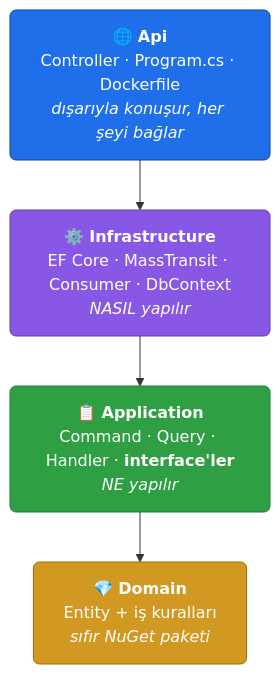
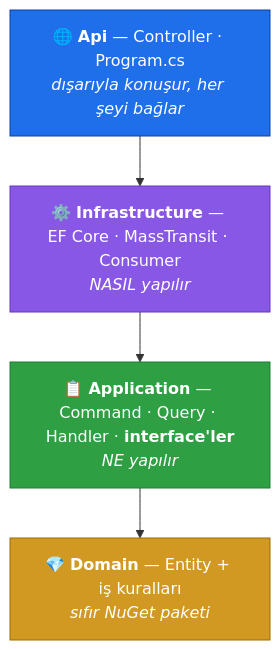
Before and after one commit to erenctns/Logistic-Microservice_Mvp: the fifth of 7 diagrams in README.md, drawn with Mermaid. The commit also changed other lines of this file, not shown here.

````diff
--- a/README.md
+++ b/README.md
@@ -331,20 +219,18 @@
 ```mermaid
 flowchart TB
-    API["🌐 <b>Api</b><br/>Controller · Program.cs · Dockerfile<br/><i>dışarıyla konuşur, her şeyi bağlar</i>"]
-    INF["⚙️ <b>Infrastructure</b><br/>EF Core · MassTransit · Consumer · DbContext<br/><i>NASIL yapılır</i>"]
-    APP["📋 <b>Application</b><br/>Command · Query · Handler · <b>interface'ler</b><br/><i>NE yapılır</i>"]
-    DOM["💎 <b>Domain</b><br/>Entity + iş kuralları<br/><i>sıfır NuGet paketi</i>"]
+    API["🌐 <b>Api</b> — Controller · Program.cs<br/><i>dışarıyla konuşur, her şeyi bağlar</i>"]
+    INF["⚙️ <b>Infrastructure</b> — EF Core · MassTransit · Consumer<br/><i>NASIL yapılır</i>"]
+    APP["📋 <b>Application</b> — Command · Query · Handler · <b>interface'ler</b><br/><i>NE yapılır</i>"]
+    DOM["💎 <b>Domain</b> — Entity + iş kuralları<br/><i>sıfır NuGet paketi</i>"]
 
-    API --> INF
-    INF --> APP
-    APP --> DOM
+    API --> INF --> APP --> DOM
 
-    classDef l1 fill:#1f6feb,stroke:#0d419d,color:#fff,rx:6,ry:6
-    classDef l2 fill:#8957e5,stroke:#6639ba,color:#fff,rx:6,ry:6
-    classDef l3 fill:#2ea043,stroke:#1a7f37,color:#fff,rx:6,ry:6
-    classDef l4 fill:#d29922,stroke:#9e6a03,color:#fff,rx:6,ry:6
+    classDef l1 fill:#1f6feb,stroke:#0d419d,color:#fff
+    classDef l2 fill:#8957e5,stroke:#6639ba,color:#fff
+    classDef l3 fill:#2ea043,stroke:#1a7f37,color:#fff
+    classDef l4 fill:#d29922,stroke:#9e6a03,color:#fff
     class API l1
     class INF l2
     class APP l3
     class DOM l4
 ```
````
